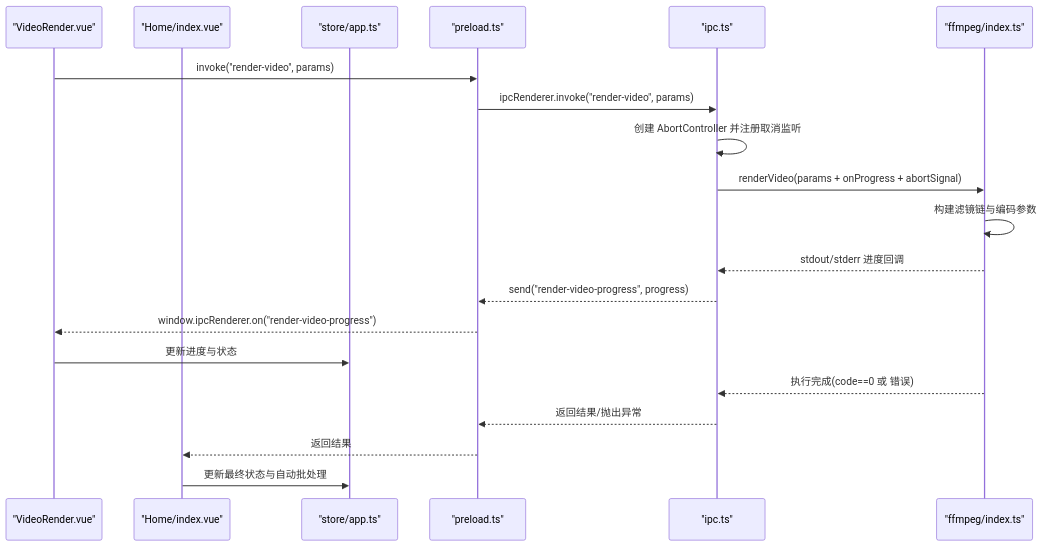
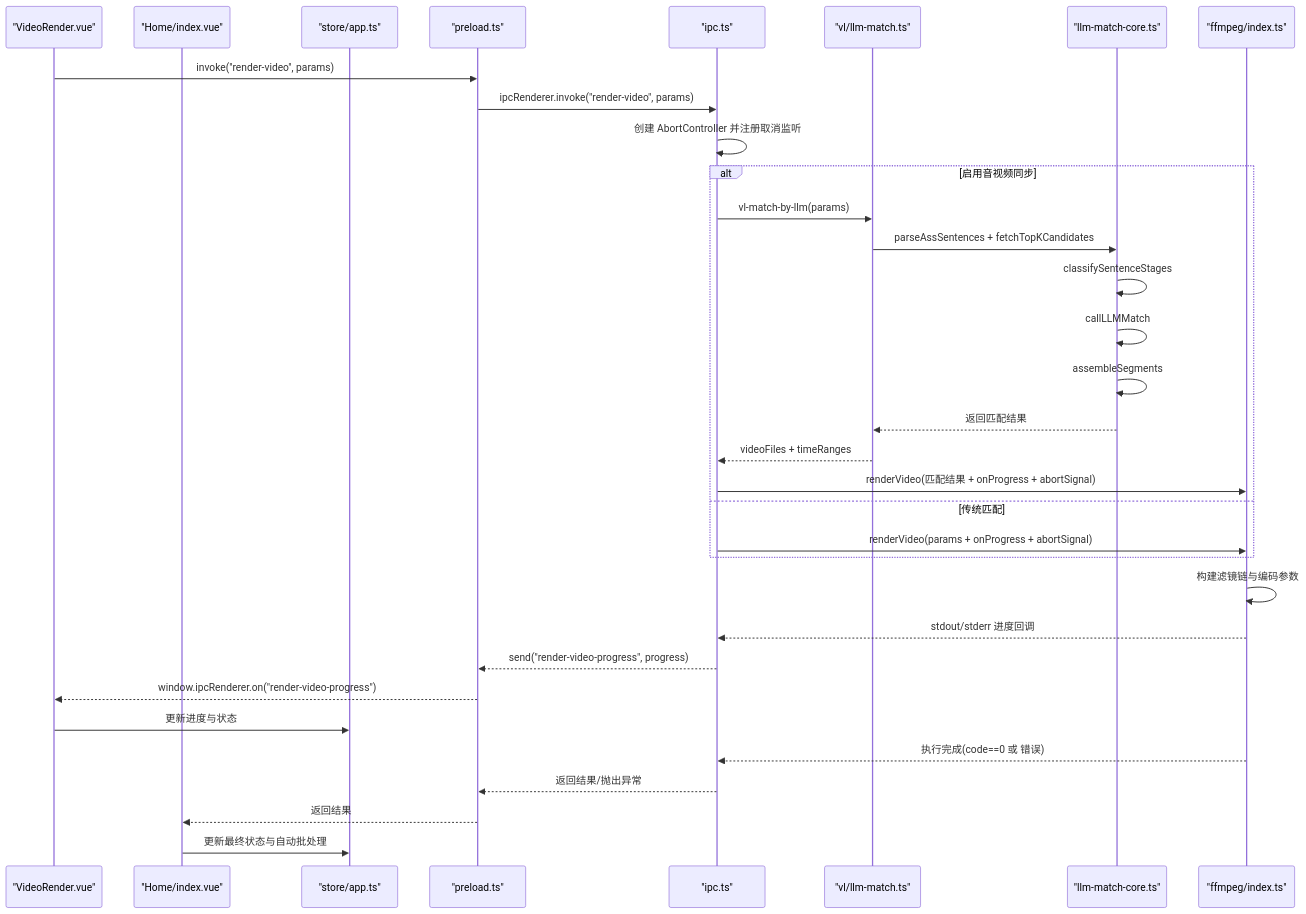
Before and after one commit to torans/crow.video: the second of 3 diagrams in .qoder/repowiki/zh/content/UI组件系统/视频渲染组件.md, drawn with Mermaid. The commit also changed other lines of this file and 35 other files, not shown here.

````diff
--- a/.qoder/repowiki/zh/content/UI组件系统/视频渲染组件.md
+++ b/.qoder/repowiki/zh/content/UI组件系统/视频渲染组件.md
@@ -106,22 +118,35 @@
 ```mermaid
 sequenceDiagram
 participant UI as "VideoRender.vue"
 participant Home as "Home/index.vue"
 participant Store as "store/app.ts"
 participant Preload as "preload.ts"
 participant IPC as "ipc.ts"
+participant LLM as "vl/llm-match.ts"
+participant Core as "llm-match-core.ts"
 participant FF as "ffmpeg/index.ts"
 UI->>Preload : invoke("render-video", params)
 Preload->>IPC : ipcRenderer.invoke("render-video", params)
 IPC->>IPC : 创建 AbortController 并注册取消监听
+alt 启用音视频同步
+IPC->>LLM : vl-match-by-llm(params)
+LLM->>Core : parseAssSentences + fetchTopKCandidates
+Core->>Core : classifySentenceStages
+Core->>Core : callLLMMatch
+Core->>Core : assembleSegments
+Core-->>LLM : 返回匹配结果
+LLM-->>IPC : videoFiles + timeRanges
+IPC->>FF : renderVideo(匹配结果 + onProgress + abortSignal)
+else 传统匹配
 IPC->>FF : renderVideo(params + onProgress + abortSignal)
+end
 FF->>FF : 构建滤镜链与编码参数
 FF-->>IPC : stdout/stderr 进度回调
 IPC-->>Preload : send("render-video-progress", progress)
 Preload-->>UI : window.ipcRenderer.on("render-video-progress")
 UI->>Store : 更新进度与状态
 FF-->>IPC : 执行完成(code==0 或 错误)
 IPC-->>Preload : 返回结果/抛出异常
 Preload-->>Home : 返回结果
 Home->>Store : 更新最终状态与自动批处理
 ```
````
